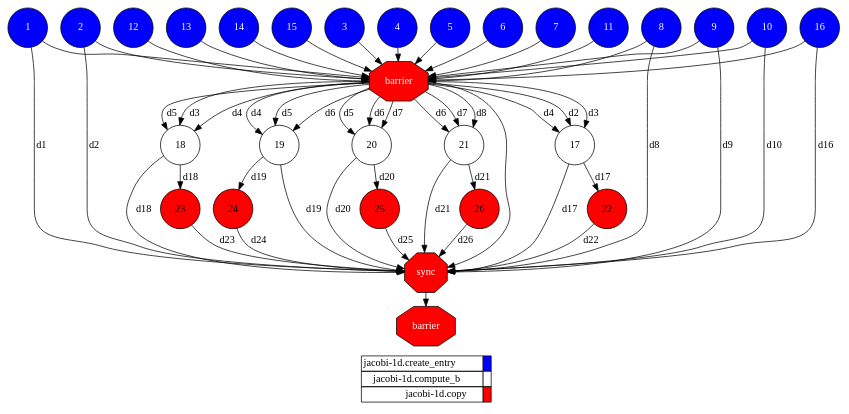
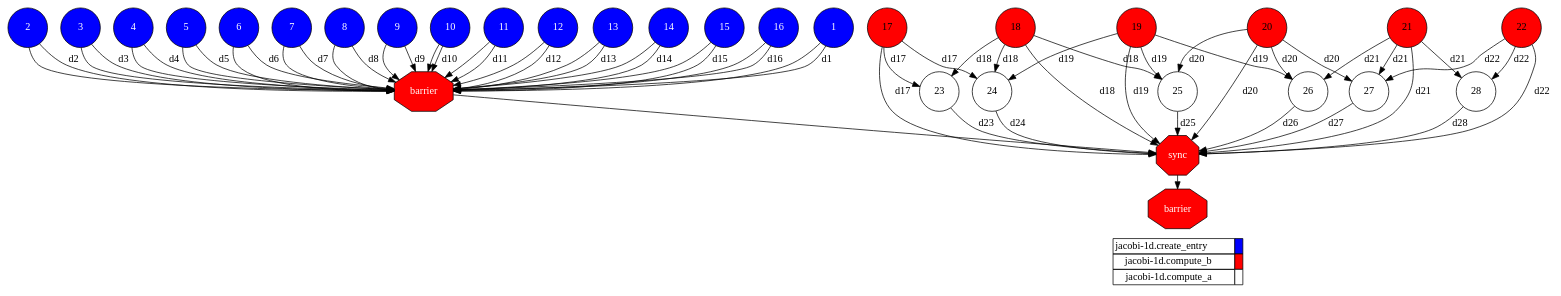
The diagram in examples/jacobi-1d/userparallel/results/local/complete_graph.dot (cristianrcv/pycompss-autoparallel), drawn with Graphviz before and after one commit. The commit also changed 13 other files, not shown here.

```diff
--- a/examples/jacobi-1d/userparallel/results/local/complete_graph.dot
+++ b/examples/jacobi-1d/userparallel/results/local/complete_graph.dot
@@ -1,113 +1,123 @@
 digraph {
   rankdir=TB;
   labeljust="l";
   subgraph dependence_graph {
     ranksep=0.20;
     node[height=0.75];
 
 1[shape=circle, style=filled fillcolor="#0000ff" fontcolor="#ffffff"];
 2[shape=circle, style=filled fillcolor="#0000ff" fontcolor="#ffffff"];
 3[shape=circle, style=filled fillcolor="#0000ff" fontcolor="#ffffff"];
 4[shape=circle, style=filled fillcolor="#0000ff" fontcolor="#ffffff"];
 5[shape=circle, style=filled fillcolor="#0000ff" fontcolor="#ffffff"];
 6[shape=circle, style=filled fillcolor="#0000ff" fontcolor="#ffffff"];
 7[shape=circle, style=filled fillcolor="#0000ff" fontcolor="#ffffff"];
 8[shape=circle, style=filled fillcolor="#0000ff" fontcolor="#ffffff"];
 9[shape=circle, style=filled fillcolor="#0000ff" fontcolor="#ffffff"];
 10[shape=circle, style=filled fillcolor="#0000ff" fontcolor="#ffffff"];
 11[shape=circle, style=filled fillcolor="#0000ff" fontcolor="#ffffff"];
 12[shape=circle, style=filled fillcolor="#0000ff" fontcolor="#ffffff"];
 13[shape=circle, style=filled fillcolor="#0000ff" fontcolor="#ffffff"];
 14[shape=circle, style=filled fillcolor="#0000ff" fontcolor="#ffffff"];
 15[shape=circle, style=filled fillcolor="#0000ff" fontcolor="#ffffff"];
 16[shape=circle, style=filled fillcolor="#0000ff" fontcolor="#ffffff"];
 Synchro1[label="barrier", shape=octagon, style=filled fillcolor="#ff0000" fontcolor="#FFFFFF"];
+10 -> Synchro1;
+5 -> Synchro1;
+8 -> Synchro1;
+1 -> Synchro1;
+14 -> Synchro1;
+16 -> Synchro1;
+7 -> Synchro1;
 9 -> Synchro1;
+11 -> Synchro1;
+2 -> Synchro1;
+15 -> Synchro1;
+12 -> Synchro1;
+4 -> Synchro1;
 13 -> Synchro1;
-5 -> Synchro1;
-7 -> Synchro1;
 6 -> Synchro1;
-15 -> Synchro1;
-8 -> Synchro1;
-14 -> Synchro1;
-2 -> Synchro1;
-1 -> Synchro1;
-12 -> Synchro1;
-11 -> Synchro1;
-16 -> Synchro1;
 3 -> Synchro1;
-4 -> Synchro1;
-10 -> Synchro1;
-17[shape=circle, style=filled fillcolor="#ffffff" fontcolor="#000000"];
-Synchro1 -> 17[ label="d2" ];
-Synchro1 -> 17[ label="d3" ];
-Synchro1 -> 17[ label="d4" ];
-18[shape=circle, style=filled fillcolor="#ffffff" fontcolor="#000000"];
-Synchro1 -> 18[ label="d3" ];
-Synchro1 -> 18[ label="d4" ];
-Synchro1 -> 18[ label="d5" ];
-19[shape=circle, style=filled fillcolor="#ffffff" fontcolor="#000000"];
-Synchro1 -> 19[ label="d4" ];
-Synchro1 -> 19[ label="d5" ];
-Synchro1 -> 19[ label="d6" ];
-20[shape=circle, style=filled fillcolor="#ffffff" fontcolor="#000000"];
-Synchro1 -> 20[ label="d5" ];
-Synchro1 -> 20[ label="d6" ];
-Synchro1 -> 20[ label="d7" ];
-21[shape=circle, style=filled fillcolor="#ffffff" fontcolor="#000000"];
-Synchro1 -> 21[ label="d6" ];
-Synchro1 -> 21[ label="d7" ];
-Synchro1 -> 21[ label="d8" ];
+1 -> Synchro1[ label="d1" ];
+2 -> Synchro1[ label="d2" ];
+3 -> Synchro1[ label="d3" ];
+4 -> Synchro1[ label="d4" ];
+5 -> Synchro1[ label="d5" ];
+6 -> Synchro1[ label="d6" ];
+7 -> Synchro1[ label="d7" ];
+8 -> Synchro1[ label="d8" ];
+9 -> Synchro1[ label="d9" ];
+10 -> Synchro1[ label="d10" ];
+11 -> Synchro1[ label="d11" ];
+12 -> Synchro1[ label="d12" ];
+13 -> Synchro1[ label="d13" ];
+14 -> Synchro1[ label="d14" ];
+15 -> Synchro1[ label="d15" ];
+16 -> Synchro1[ label="d16" ];
+17[shape=circle, style=filled fillcolor="#ff0000" fontcolor="#000000"];
+18[shape=circle, style=filled fillcolor="#ff0000" fontcolor="#000000"];
+19[shape=circle, style=filled fillcolor="#ff0000" fontcolor="#000000"];
+20[shape=circle, style=filled fillcolor="#ff0000" fontcolor="#000000"];
+21[shape=circle, style=filled fillcolor="#ff0000" fontcolor="#000000"];
 22[shape=circle, style=filled fillcolor="#ff0000" fontcolor="#000000"];
-17 -> 22[ label="d17" ];
-23[shape=circle, style=filled fillcolor="#ff0000" fontcolor="#000000"];
+23[shape=circle, style=filled fillcolor="#ffffff" fontcolor="#000000"];
+17 -> 23[ label="d17" ];
 18 -> 23[ label="d18" ];
-24[shape=circle, style=filled fillcolor="#ff0000" fontcolor="#000000"];
+24[shape=circle, style=filled fillcolor="#ffffff" fontcolor="#000000"];
+17 -> 24[ label="d17" ];
+18 -> 24[ label="d18" ];
 19 -> 24[ label="d19" ];
-25[shape=circle, style=filled fillcolor="#ff0000" fontcolor="#000000"];
+25[shape=circle, style=filled fillcolor="#ffffff" fontcolor="#000000"];
+18 -> 25[ label="d18" ];
+19 -> 25[ label="d19" ];
 20 -> 25[ label="d20" ];
-26[shape=circle, style=filled fillcolor="#ff0000" fontcolor="#000000"];
+26[shape=circle, style=filled fillcolor="#ffffff" fontcolor="#000000"];
+19 -> 26[ label="d19" ];
+20 -> 26[ label="d20" ];
 21 -> 26[ label="d21" ];
+27[shape=circle, style=filled fillcolor="#ffffff" fontcolor="#000000"];
+20 -> 27[ label="d20" ];
+21 -> 27[ label="d21" ];
+22 -> 27[ label="d22" ];
+28[shape=circle, style=filled fillcolor="#ffffff" fontcolor="#000000"];
+21 -> 28[ label="d21" ];
+22 -> 28[ label="d22" ];
 Synchro2[label="sync", shape=octagon, style=filled fillcolor="#ff0000" fontcolor="#FFFFFF"];
 Synchro1 -> Synchro2;
-1 -> Synchro2[ label="d1" ];
-2 -> Synchro2[ label="d2" ];
-22 -> Synchro2[ label="d22" ];
 23 -> Synchro2[ label="d23" ];
 24 -> Synchro2[ label="d24" ];
 25 -> Synchro2[ label="d25" ];
 26 -> Synchro2[ label="d26" ];
-8 -> Synchro2[ label="d8" ];
-9 -> Synchro2[ label="d9" ];
-10 -> Synchro2[ label="d10" ];
+27 -> Synchro2[ label="d27" ];
+28 -> Synchro2[ label="d28" ];
 17 -> Synchro2[ label="d17" ];
 18 -> Synchro2[ label="d18" ];
 19 -> Synchro2[ label="d19" ];
 20 -> Synchro2[ label="d20" ];
 21 -> Synchro2[ label="d21" ];
-16 -> Synchro2[ label="d16" ];
+22 -> Synchro2[ label="d22" ];
 Synchro3[label="barrier", shape=octagon, style=filled fillcolor="#ff0000" fontcolor="#FFFFFF"];
 Synchro2 -> Synchro3;  }
   subgraph legend {
     rank=sink;
     node [shape=plaintext, height=0.75];
     ranksep=0.20;
     label = "Legend";
     key [label=<
       <table border="0" cellpadding="2" cellspacing="0" cellborder="1">
 <tr>
 <td align="right">jacobi-1d.create_entry</td>
 <td bgcolor="#0000ff">&nbsp;</td>
 </tr>
 <tr>
 <td align="right">jacobi-1d.compute_b</td>
-<td bgcolor="#ffffff">&nbsp;</td>
+<td bgcolor="#ff0000">&nbsp;</td>
 </tr>
 <tr>
-<td align="right">jacobi-1d.copy</td>
-<td bgcolor="#ff0000">&nbsp;</td>
+<td align="right">jacobi-1d.compute_a</td>
+<td bgcolor="#ffffff">&nbsp;</td>
 </tr>
       </table>
     >]
   }
 }
```
